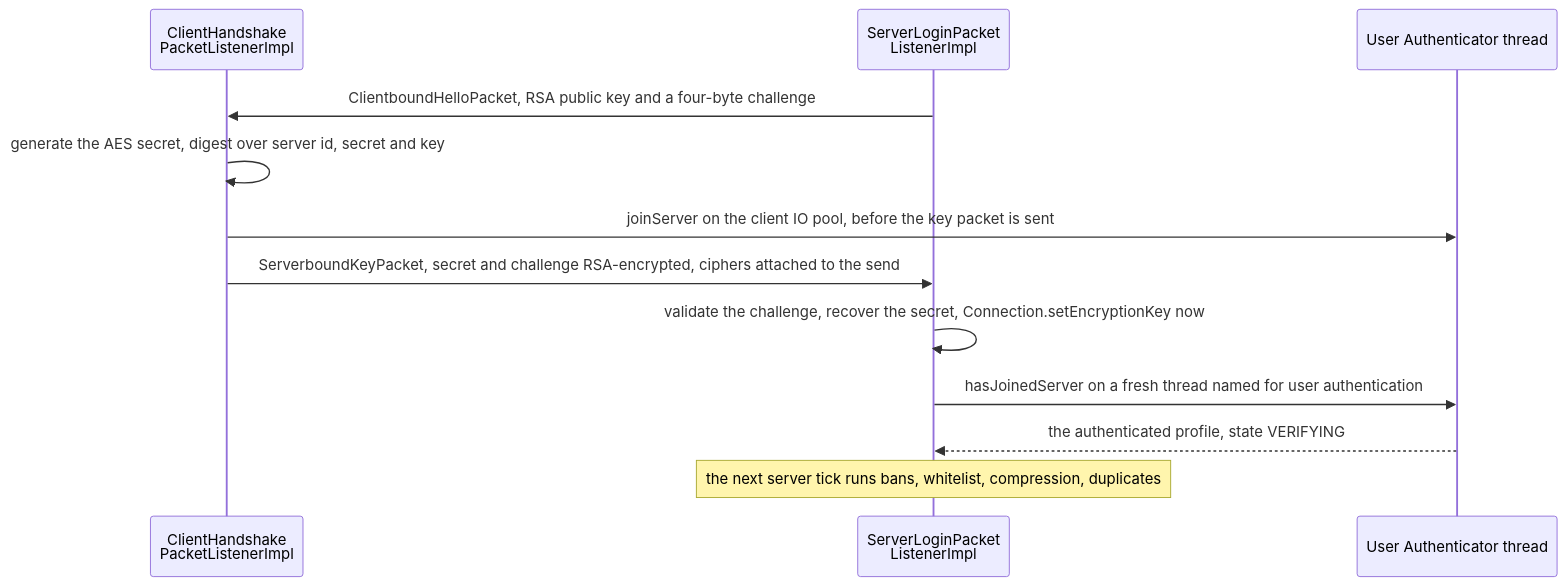
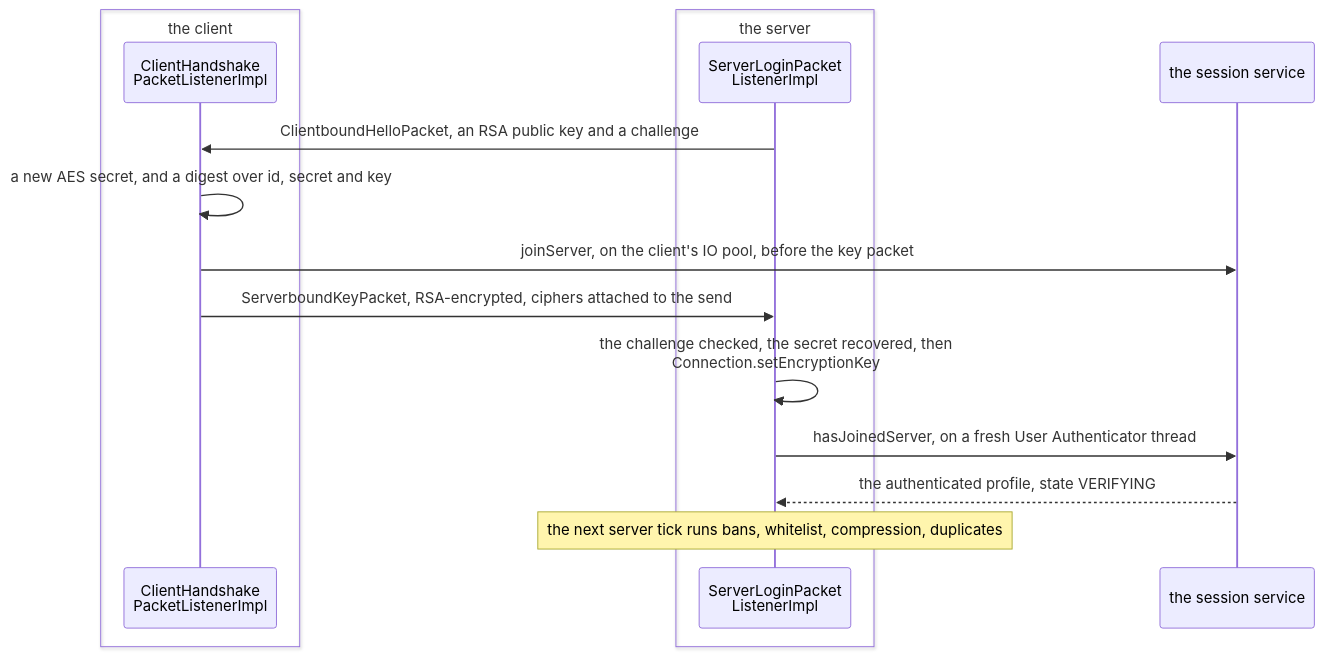
The third of 4 diagrams in src/systems/networking/protocol-phases.md (AlexanderjFraser/MinecraftDocs), drawn with Mermaid before and after one commit. The commit also changed other lines of this file and 11 other files, not shown here.

````diff
--- a/src/systems/networking/protocol-phases.md
+++ b/src/systems/networking/protocol-phases.md
@@ -183,15 +204,19 @@
 ```mermaid
 sequenceDiagram
+    box transparent the client
     participant CHPL as ClientHandshake<br/>PacketListenerImpl
+    end
+    box transparent the server
     participant SLPL as ServerLoginPacket<br/>ListenerImpl
-    participant Auth as User Authenticator thread
+    end
+    participant Sess as the session service
 
-    SLPL->>CHPL: ClientboundHelloPacket, RSA public key and a four-byte challenge
-    CHPL->>CHPL: generate the AES secret, digest over server id, secret and key
-    CHPL->>Auth: joinServer on the client IO pool, before the key packet is sent
-    CHPL->>SLPL: ServerboundKeyPacket, secret and challenge RSA-encrypted, ciphers attached to the send
-    SLPL->>SLPL: validate the challenge, recover the secret, Connection.setEncryptionKey now
-    SLPL->>Auth: hasJoinedServer on a fresh thread named for user authentication
-    Auth-->>SLPL: the authenticated profile, state VERIFYING
+    SLPL->>CHPL: ClientboundHelloPacket, an RSA public key and a challenge
+    CHPL->>CHPL: a new AES secret, and a digest over id, secret and key
+    CHPL->>Sess: joinServer, on the client's IO pool, before the key packet
+    CHPL->>SLPL: ServerboundKeyPacket, RSA-encrypted, ciphers attached to the send
+    SLPL->>SLPL: the challenge checked, the secret recovered, then<br/>Connection.setEncryptionKey
+    SLPL->>Sess: hasJoinedServer, on a fresh User Authenticator thread
+    Sess-->>SLPL: the authenticated profile, state VERIFYING
     Note over SLPL: the next server tick runs bans, whitelist, compression, duplicates
 ```
````
